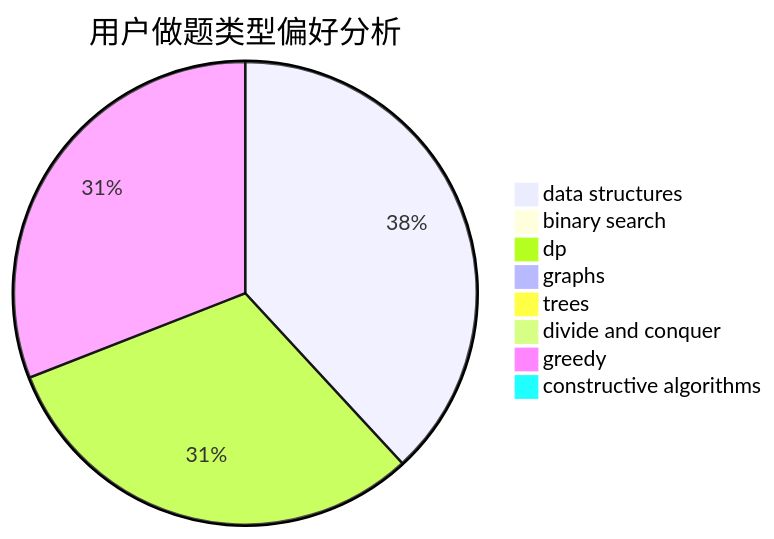
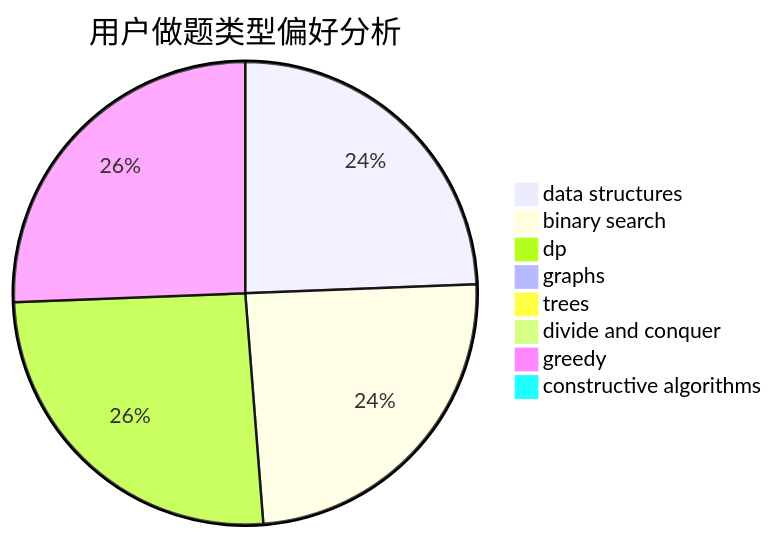
The second of 3 diagrams in docs/user/u490.md (sherpahu/cfrs.github.io), drawn with Mermaid before and after one commit. The commit also changed other lines of this file and 2770 other files, not shown here.

````diff
--- a/docs/user/u490.md
+++ b/docs/user/u490.md
@@ -23,11 +23,11 @@
 ```mermaid
 pie title 用户做题类型偏好分析
-    "data structures" :  53
-    "binary search" :  0
-    "dp" :  43
+    "data structures" :  391
+    "binary search" :  391
+    "dp" :  411
     "graphs" :  0
     "trees" :  0
     "divide and conquer" :  0
-    "greedy" :  43
+    "greedy" :  411
     "constructive algorithms" :  0
 ```
````
